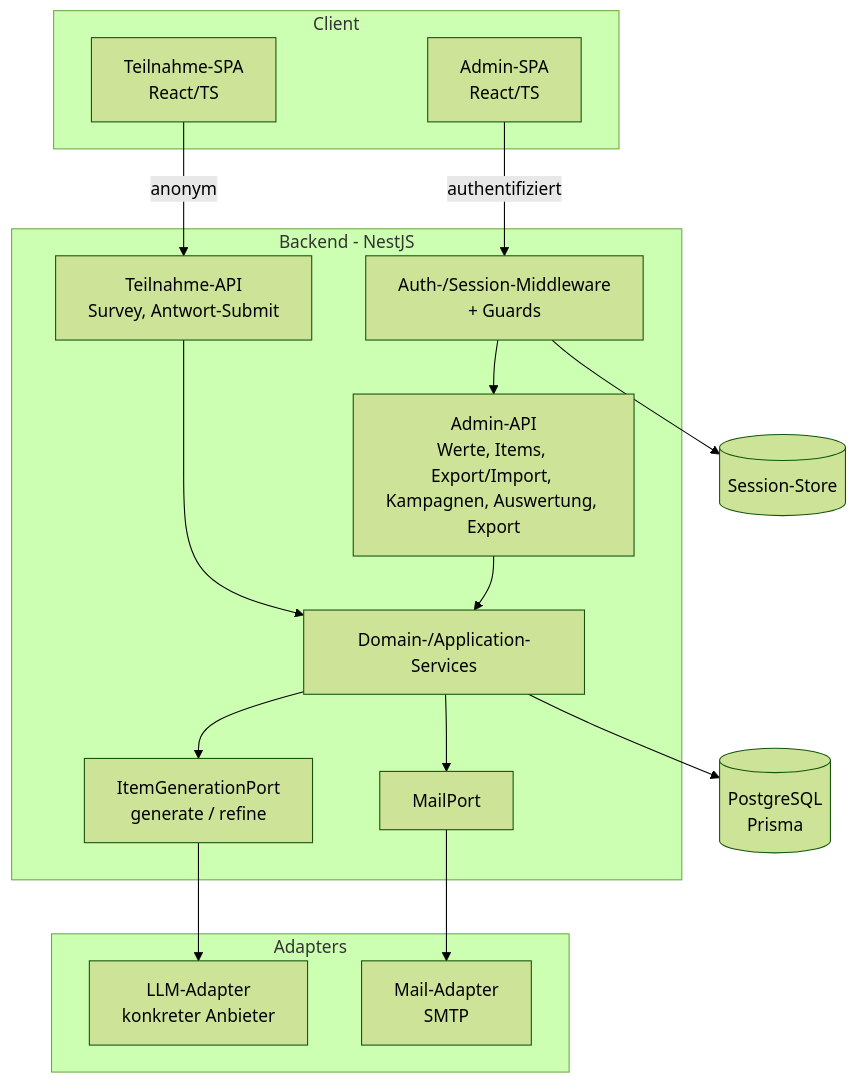
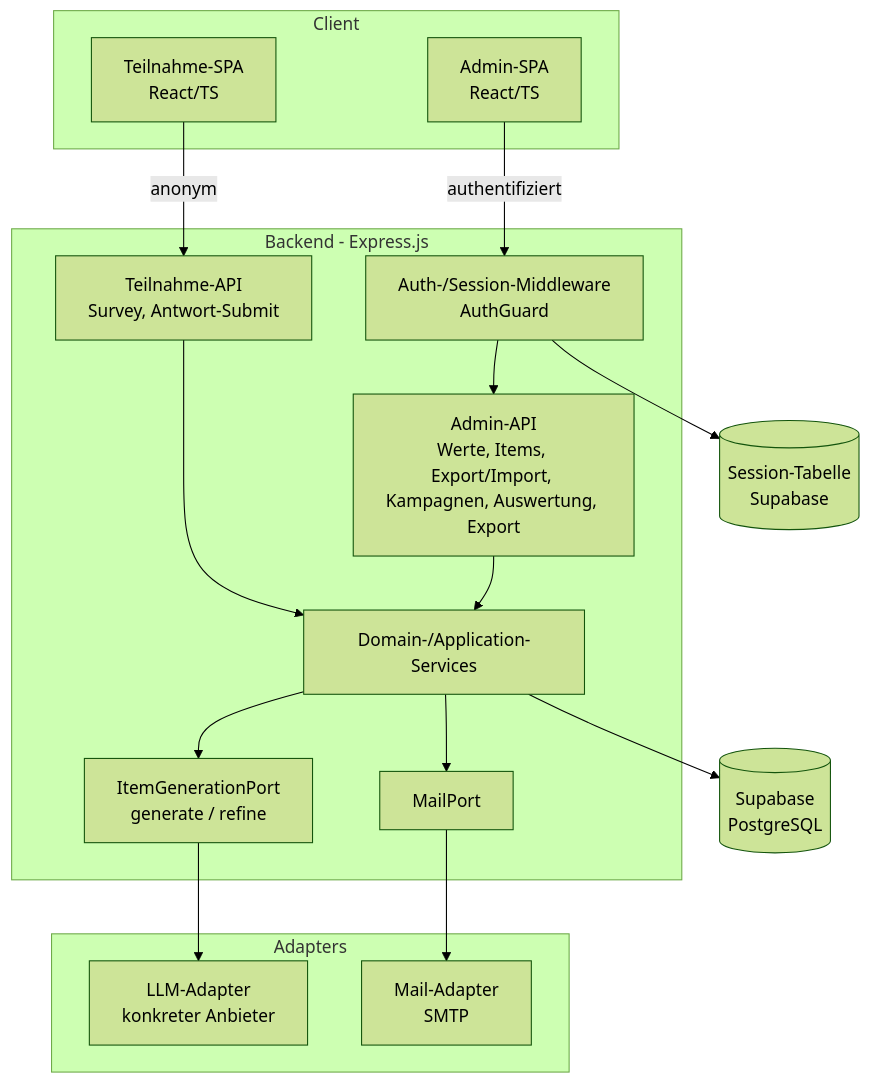
One commit to dschmid2/kulturbarometer changed the first of 3 diagrams in .kiro/specs/kulturbarometer/design.md. Above: the diagram before and after it, drawn with Mermaid (forest theme). The commit also changed other lines of this file, not shown here.

````diff
--- a/.kiro/specs/kulturbarometer/design.md
+++ b/.kiro/specs/kulturbarometer/design.md
@@ -45,31 +46,31 @@
 ```mermaid
 graph TB
     subgraph Client
         AdminUI[Admin-SPA<br/>React/TS]
         SurveyUI[Teilnahme-SPA<br/>React/TS]
     end
 
-    subgraph Server[Backend - NestJS]
-        AuthMW[Auth-/Session-Middleware<br/>+ Guards]
+    subgraph Server[Backend - Express.js]
+        AuthMW[Auth-/Session-Middleware<br/>AuthGuard]
         AdminAPI[Admin-API<br/>Werte, Items, Export/Import, Kampagnen, Auswertung, Export]
         PublicAPI[Teilnahme-API<br/>Survey, Antwort-Submit]
         AppSvc[Domain-/Application-Services]
         GenPort[ItemGenerationPort<br/>generate / refine]
         MailPort[MailPort]
     end
 
     subgraph Adapters
         LLMAdapter[LLM-Adapter<br/>konkreter Anbieter]
         MailAdapter[Mail-Adapter<br/>SMTP]
     end
 
-    DB[(PostgreSQL<br/>Prisma)]
-    Sessions[(Session-Store)]
+    DB[(Supabase<br/>PostgreSQL)]
+    Sessions[(Session-Tabelle<br/>Supabase)]
 
     AdminUI -->|authentifiziert| AuthMW --> AdminAPI --> AppSvc
     SurveyUI -->|anonym| PublicAPI --> AppSvc
     AppSvc --> DB
     AuthMW --> Sessions
     AppSvc --> GenPort --> LLMAdapter
     AppSvc --> MailPort --> MailAdapter
 ```
````
